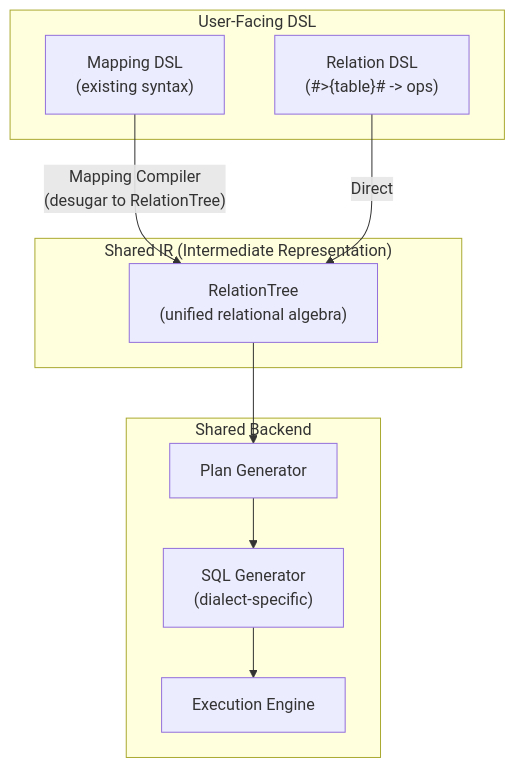
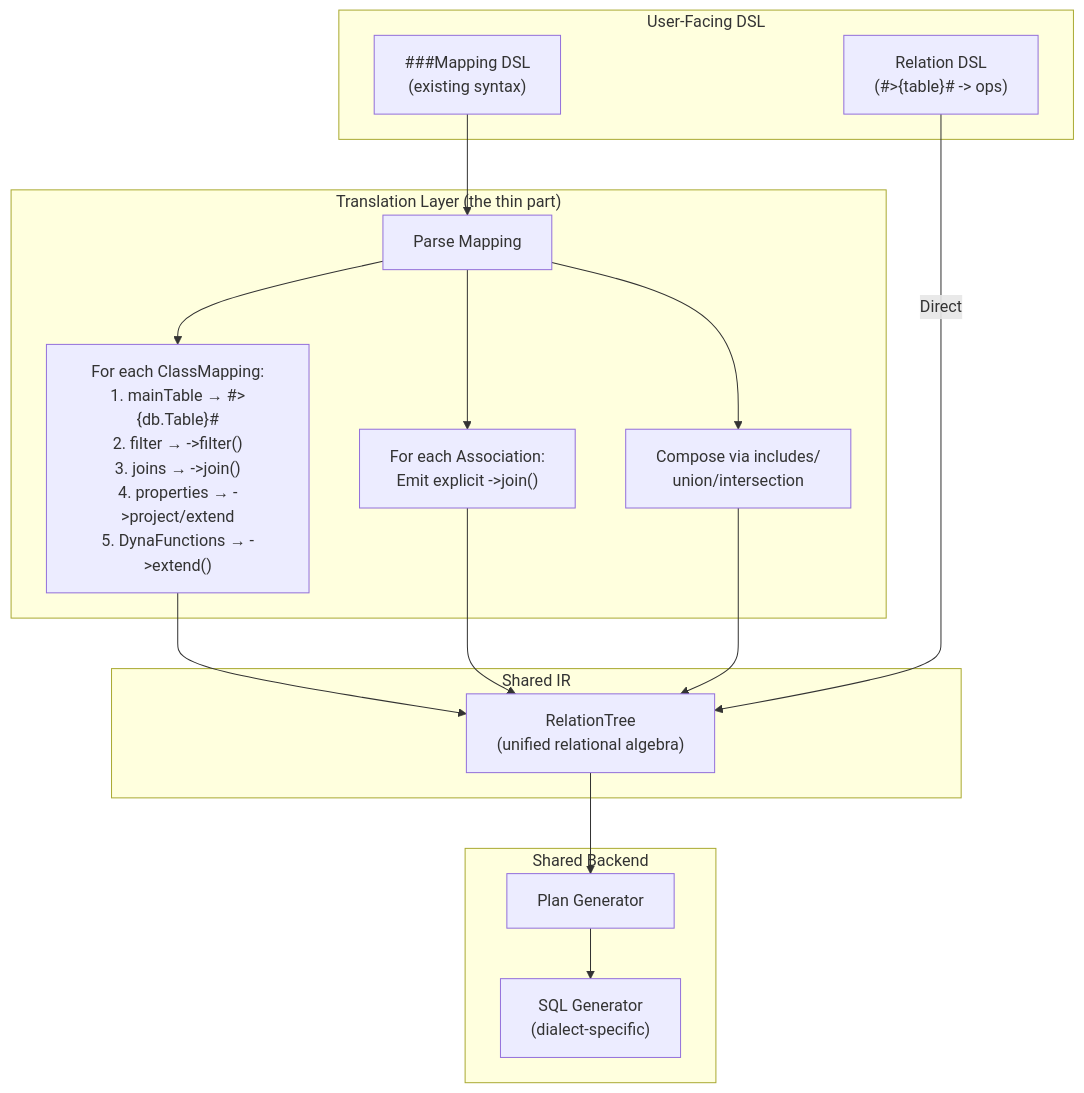
The second of 2 diagrams in docs/LEGEND_MAPPING_PATTERNS.md (neema2/legend-lite), drawn with Mermaid before and after one commit. The commit also changed other lines of this file, not shown here.

First line of the commit message:
docs: v2 Legend Mapping Patterns — comprehensive DynaFunction transforms and Relation translation guide

````diff
--- a/docs/LEGEND_MAPPING_PATTERNS.md
+++ b/docs/LEGEND_MAPPING_PATTERNS.md
@@ -334,21 +521,27 @@
 ```mermaid
 graph TD
     subgraph "User-Facing DSL"
-        A["Mapping DSL<br/>(existing syntax)"]
+        A["###Mapping DSL<br/>(existing syntax)"]
         B["Relation DSL<br/>(#>{table}# -> ops)"]
     end
     
-    subgraph "Shared IR (Intermediate Representation)"
+    subgraph "Translation Layer (the thin part)"
+        T1["Parse Mapping"]
+        T2["For each ClassMapping:<br/>1. mainTable → #>{db.Table}#<br/>2. filter → ->filter()<br/>3. joins → ->join()<br/>4. properties → ->project/extend<br/>5. DynaFunctions → ->extend()"]
+        T3["For each Association:<br/>Emit explicit ->join()"]
+        T4["Compose via includes/<br/>union/intersection"]
+    end
+    
+    subgraph "Shared IR"
         C["RelationTree<br/>(unified relational algebra)"]
     end
     
     subgraph "Shared Backend"
         D["Plan Generator"]
         E["SQL Generator<br/>(dialect-specific)"]
-        F["Execution Engine"]
     end
     
-    A -->|"Mapping Compiler<br/>(desugar to RelationTree)"| C
+    A --> T1 --> T2 & T3 & T4 --> C
     B -->|"Direct"| C
-    C --> D --> E --> F
+    C --> D --> E
 ```
````
